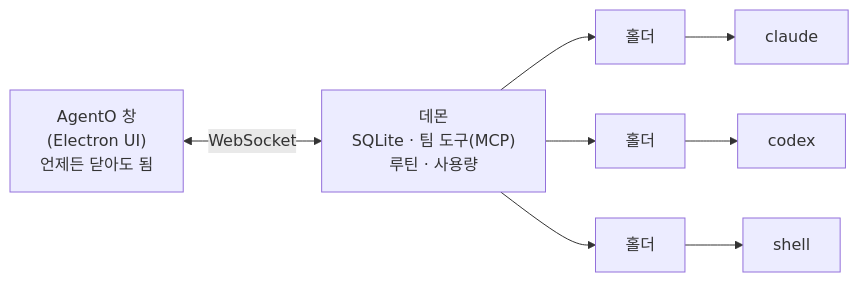
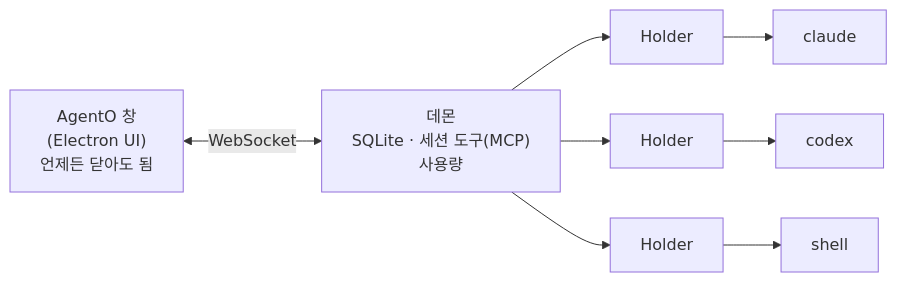
The first of 2 diagrams in README.ko.md (dongliquan/AgentO), drawn with Mermaid before and after one commit. The commit also changed other lines of this file and 85 other files, not shown here.

````diff
--- a/README.ko.md
+++ b/README.ko.md
@@ -49,7 +49,7 @@
 ```mermaid
 flowchart LR
-  UI["AgentO 창<br/>(Electron UI)<br/>언제든 닫아도 됨"] <-->|WebSocket| D["데몬<br/>SQLite · 팀 도구(MCP)<br/>루틴 · 사용량"]
-  D --> H1["홀더"] --> A1["claude"]
-  D --> H2["홀더"] --> A2["codex"]
-  D --> H3["홀더"] --> A3["shell"]
+  UI["AgentO 창<br/>(Electron UI)<br/>언제든 닫아도 됨"] <-->|WebSocket| D["데몬<br/>SQLite · 세션 도구(MCP)<br/>사용량"]
+  D --> H1["Holder"] --> A1["claude"]
+  D --> H2["Holder"] --> A2["codex"]
+  D --> H3["Holder"] --> A3["shell"]
 ```
````
